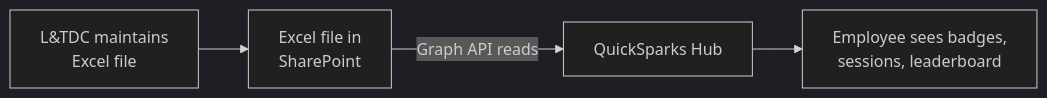
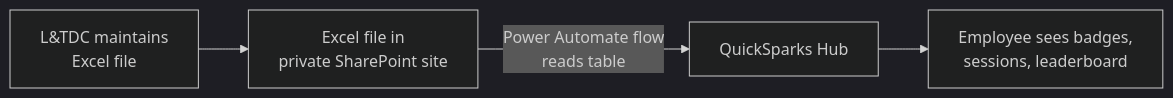
One commit to aidantrabs/quicksparks changed the second of 2 diagrams in README.md. Above: the diagram before and after it, drawn with Mermaid (dark theme). The commit also changed other lines of this file and 1 other file, not shown here.

Commit message:
docs: update deployment docs + remove graph refs

````diff
--- a/README.md
+++ b/README.md
@@ -185,6 +182,6 @@
 ```mermaid
 flowchart LR
-    A[L&TDC maintains<br/>Excel file] --> B[Excel file in<br/>SharePoint]
-    B -->|Graph API reads| C[QuickSparks Hub]
+    A[L&TDC maintains<br/>Excel file] --> B[Excel file in<br/>private SharePoint site]
+    B -->|Power Automate flow<br/>reads table| C[QuickSparks Hub]
     C --> D[Employee sees badges,<br/>sessions, leaderboard]
 ```
````
